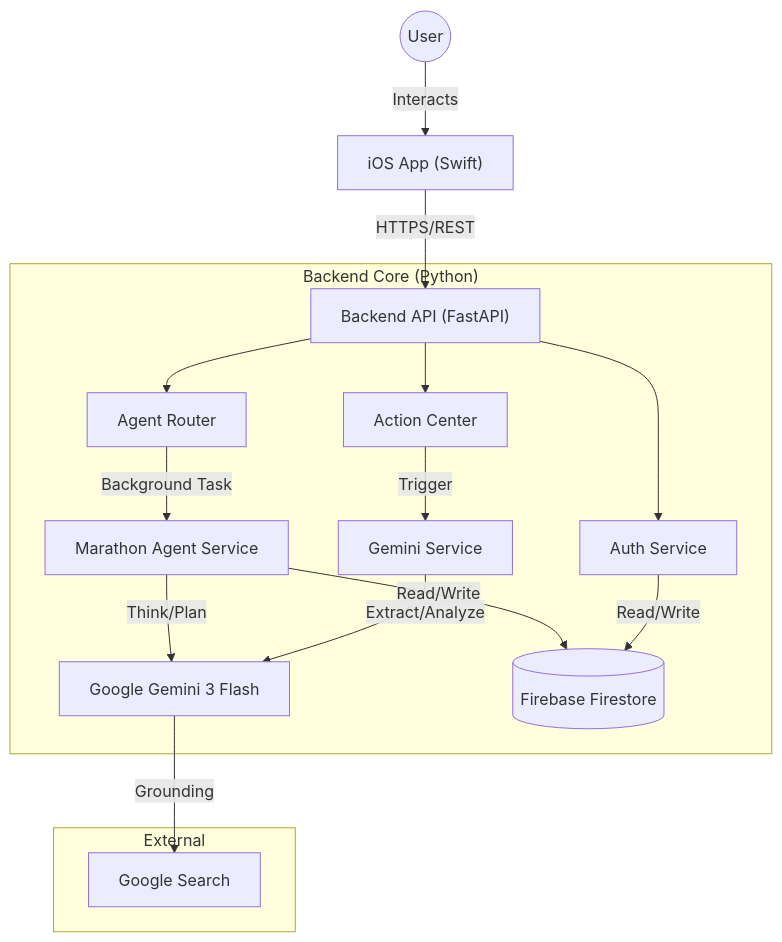
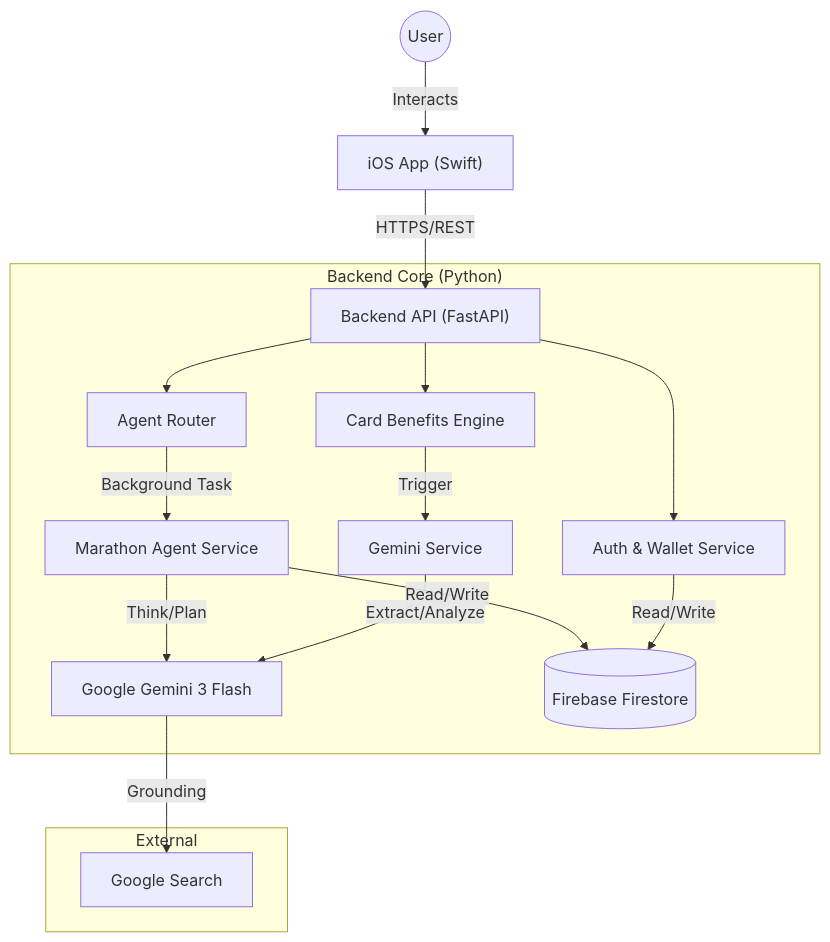
The diagram in assets/architecture.mmd (luminousyinyang/Benefits_Navigator), drawn with Mermaid before and after one commit. The commit also changed 1 other file, not shown here.

Commit message:
architecture diagram update

```diff
--- a/assets/architecture.mmd
+++ b/assets/architecture.mmd
@@ -1,22 +1,22 @@
 graph TD
     User((User)) -->|Interacts| iOS["iOS App (Swift)"]
     iOS -->|HTTPS/REST| API["Backend API (FastAPI)"]
     
     subgraph "Backend Core (Python)"
-        API --> Auth["Auth Service"]
+        API --> Auth["Auth & Wallet Service"]
         API --> AgentRouter["Agent Router"]
-        API --> ActionRouter["Action Center"]
+        API --> ActionRouter["Card Benefits Engine"]
         
         AgentRouter -->|Background Task| Marathon["Marathon Agent Service"]
         ActionRouter -->|Trigger| Gemini["Gemini Service"]
         
         Marathon -->|Think/Plan| GeminiAI["Google Gemini 3 Flash"]
         Gemini -->|Extract/Analyze| GeminiAI
         
         Marathon -->|Read/Write| Firestore[("Firebase Firestore")]
         Auth -->|Read/Write| Firestore
     end
-    
+
     subgraph "External"
         GeminiAI -->|Grounding| GoogleSearch["Google Search"]
     end
```
